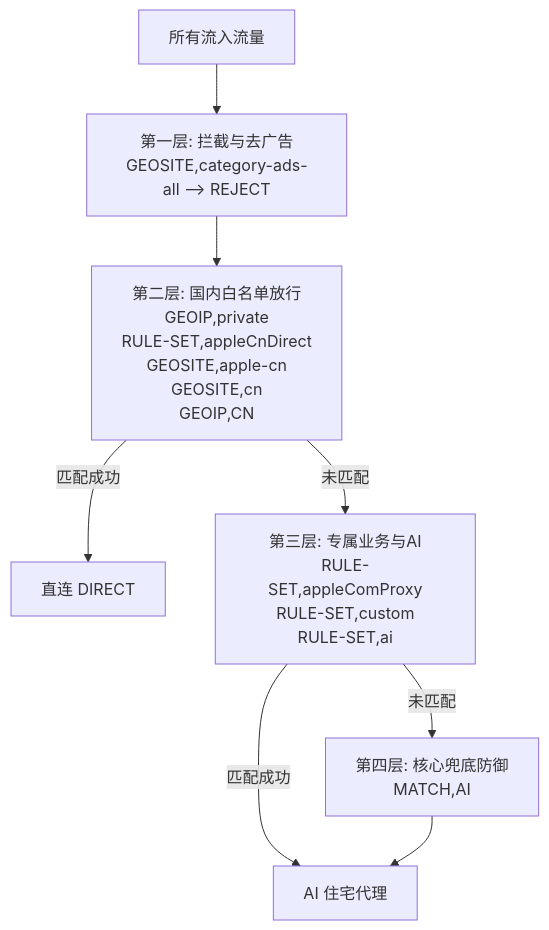
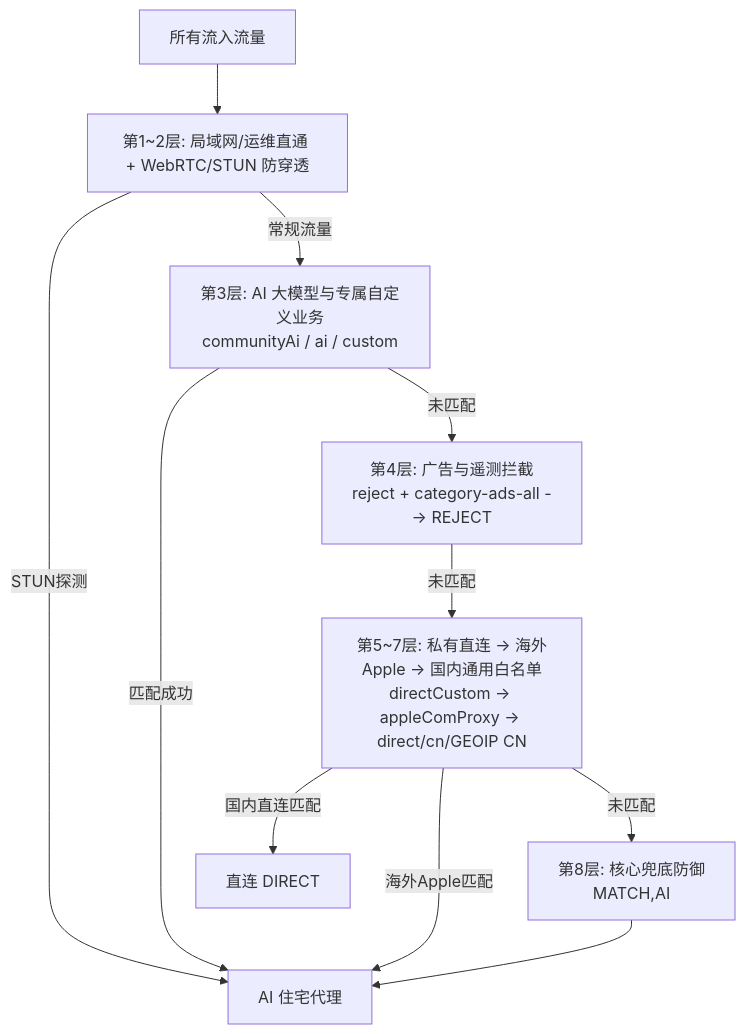
Before and after one commit to IHexing/conf: the diagram in .dosc/windows-optimization.md, drawn with Mermaid. The commit also changed other lines of this file and 11 other files, not shown here.

````diff
--- a/.dosc/windows-optimization.md
+++ b/.dosc/windows-optimization.md
@@ -41,10 +41,13 @@
 ```mermaid
 graph TD
-    A[所有流入流量] --> B[第一层: 拦截与去广告<br>GEOSITE,category-ads-all --> REJECT]
-    B --> C[第二层: 国内白名单放行<br>GEOIP,private<br>RULE-SET,appleCnDirect<br>GEOSITE,apple-cn<br>GEOSITE,cn<br>GEOIP,CN]
-    C -->|匹配成功| D[直连 DIRECT]
-    C -->|未匹配| E[第三层: 专属业务与AI<br>RULE-SET,appleComProxy<br>RULE-SET,custom<br>RULE-SET,ai]
-    E -->|匹配成功| F[AI 住宅代理]
-    E -->|未匹配| G[第四层: 核心兜底防御<br>MATCH,AI]
+    A["所有流入流量"] --> S["第1~2层: 局域网/运维直通 + WebRTC/STUN 防穿透"]
+    S -->|STUN探测| F["AI 住宅代理"]
+    S -->|常规流量| E["第3层: AI 大模型与专属自定义业务<br/>communityAi / ai / custom"]
+    E -->|匹配成功| F
+    E -->|未匹配| B["第4层: 广告与遥测拦截<br/>reject + category-ads-all --> REJECT"]
+    B -->|未匹配| C["第5~7层: 私有直连 -> 海外Apple -> 国内通用白名单<br/>directCustom -> appleComProxy -> direct/cn/GEOIP CN"]
+    C -->|国内直连匹配| D["直连 DIRECT"]
+    C -->|海外Apple匹配| F
+    C -->|未匹配| G["第8层: 核心兜底防御<br/>MATCH,AI"]
     G --> F
 ```
````
